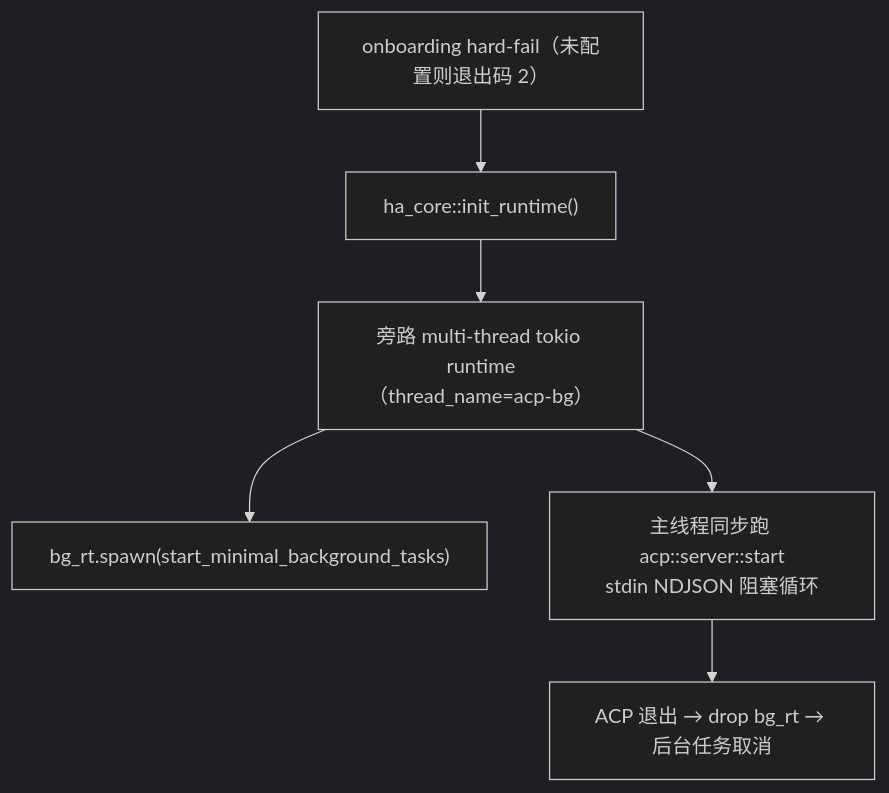
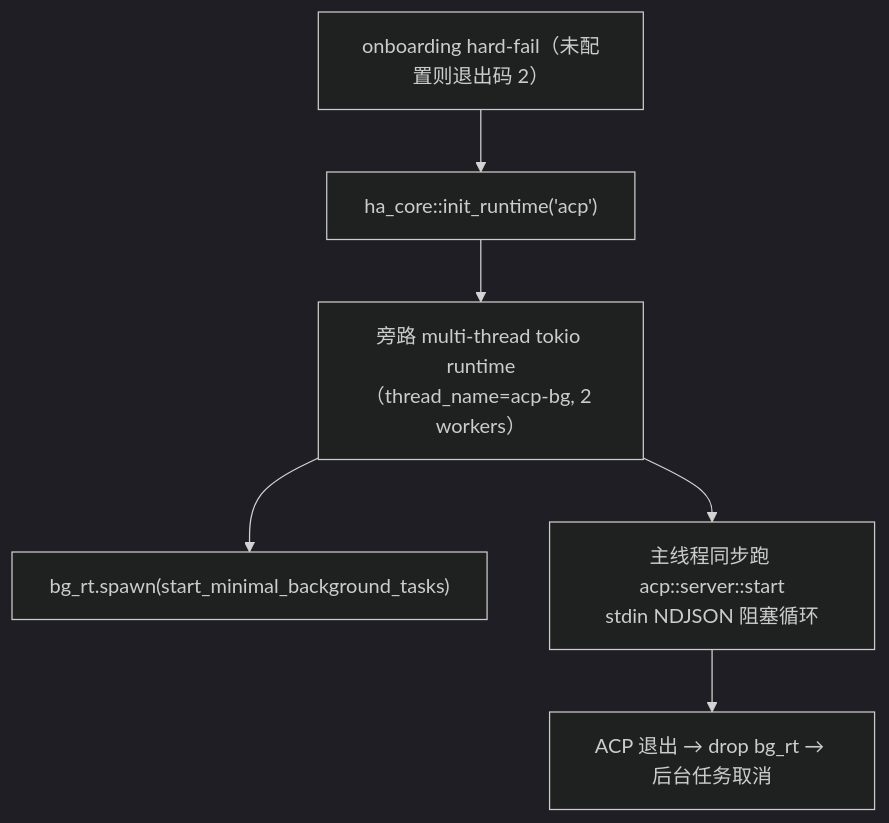
One commit to shiwenwen/hope-agent changed the eighth of 8 diagrams in docs/architecture/process-model.md. Above: the diagram before and after it, drawn with Mermaid (dark theme). The commit also changed other lines of this file and 12 other files, not shown here.

````diff
--- a/docs/architecture/process-model.md
+++ b/docs/architecture/process-model.md
@@ -288,8 +398,8 @@
 ```mermaid
 flowchart TD
-    A["onboarding hard-fail（未配置则退出码 2）"] --> B["ha_core::init_runtime()"]
-    B --> C["旁路 multi-thread tokio runtime（thread_name=acp-bg）"]
+    A["onboarding hard-fail（未配置则退出码 2）"] --> B["ha_core::init_runtime('acp')"]
+    B --> C["旁路 multi-thread tokio runtime（thread_name=acp-bg, 2 workers）"]
     C --> D["bg_rt.spawn(start_minimal_background_tasks)"]
     C --> E["主线程同步跑 acp::server::start<br/>stdin NDJSON 阻塞循环"]
     E --> F["ACP 退出 → drop bg_rt → 后台任务取消"]
 ```
````
